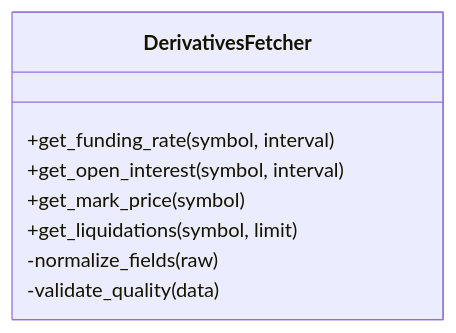
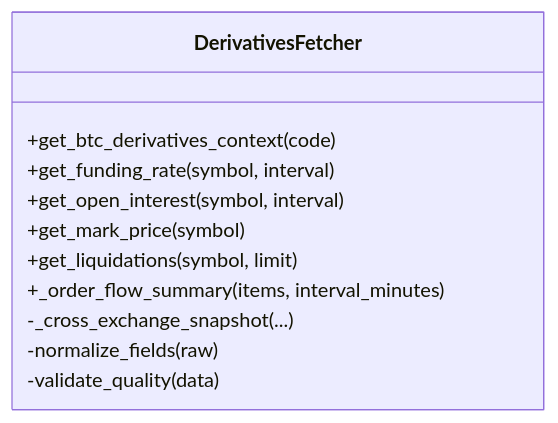
The fourth of 12 diagrams in .qoder/repowiki/zh/content/数据源集成/股票数据源/加密货币数据提供商.md (anYaoooo/daily_stock_analysis), drawn with Mermaid before and after one commit. The commit also changed other lines of this file and 23 other files, not shown here.

````diff
--- a/.qoder/repowiki/zh/content/数据源集成/股票数据源/加密货币数据提供商.md
+++ b/.qoder/repowiki/zh/content/数据源集成/股票数据源/加密货币数据提供商.md
@@ -174,11 +188,14 @@
 ```mermaid
 classDiagram
 class DerivativesFetcher {
++get_btc_derivatives_context(code)
 +get_funding_rate(symbol, interval)
 +get_open_interest(symbol, interval)
 +get_mark_price(symbol)
 +get_liquidations(symbol, limit)
++_order_flow_summary(items, interval_minutes)
+-_cross_exchange_snapshot(...)
 -normalize_fields(raw)
 -validate_quality(data)
 }
 ```
````
